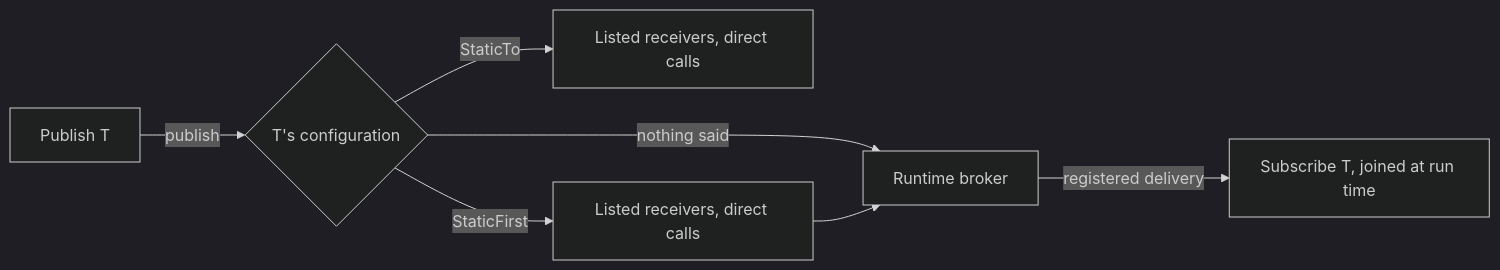
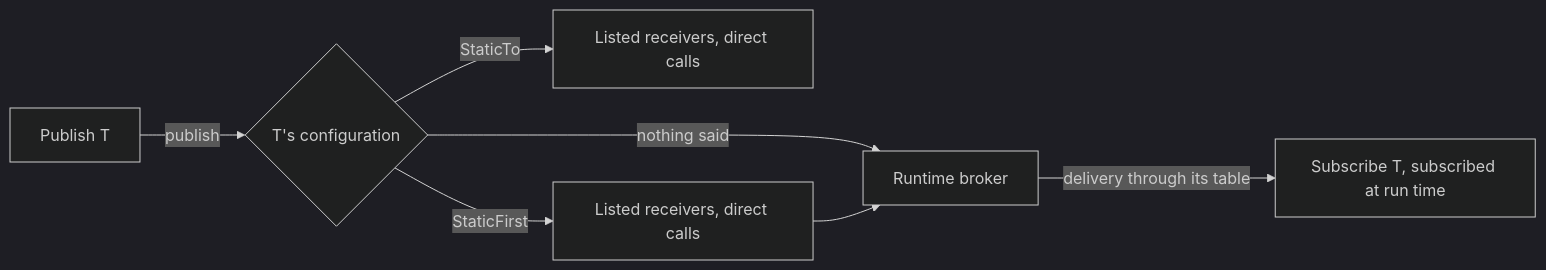
The diagram in README.md (CraigHutchinson/Sub0Pub), drawn with Mermaid (dark theme) before and after one commit. The commit also changed other lines of this file and 54 other files, not shown here.

````diff
--- a/README.md
+++ b/README.md
@@ -47,9 +46,9 @@
 ```mermaid
 flowchart LR
     P[Publish T] -->|publish| C{T's configuration}
     C -->|nothing said| B[Runtime broker]
     C -->|StaticTo| R[Listed receivers, direct calls]
     C -->|StaticFirst| F[Listed receivers, direct calls]
     F --> B
-    B -->|registered delivery| S[Subscribe T, joined at run time]
+    B -->|delivery through its table| S[Subscribe T, subscribed at run time]
 ```
````
